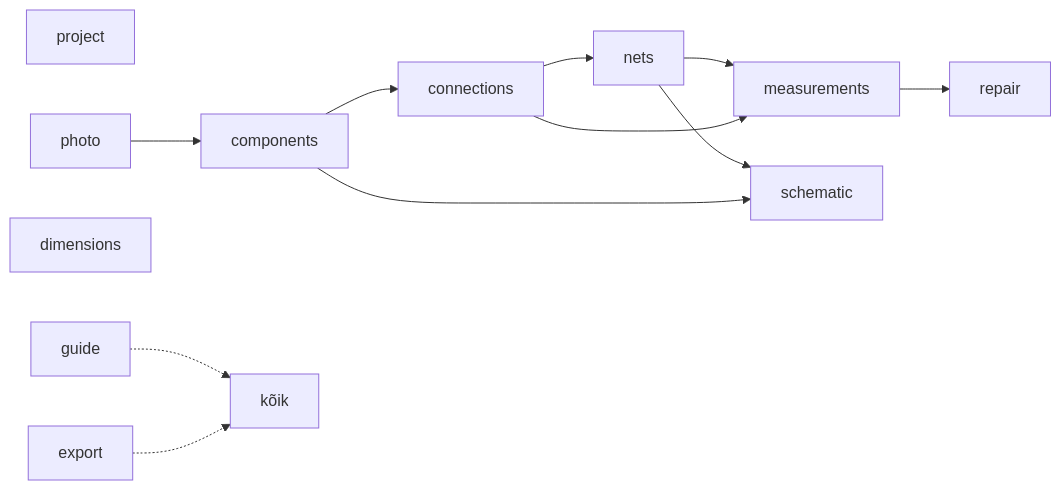
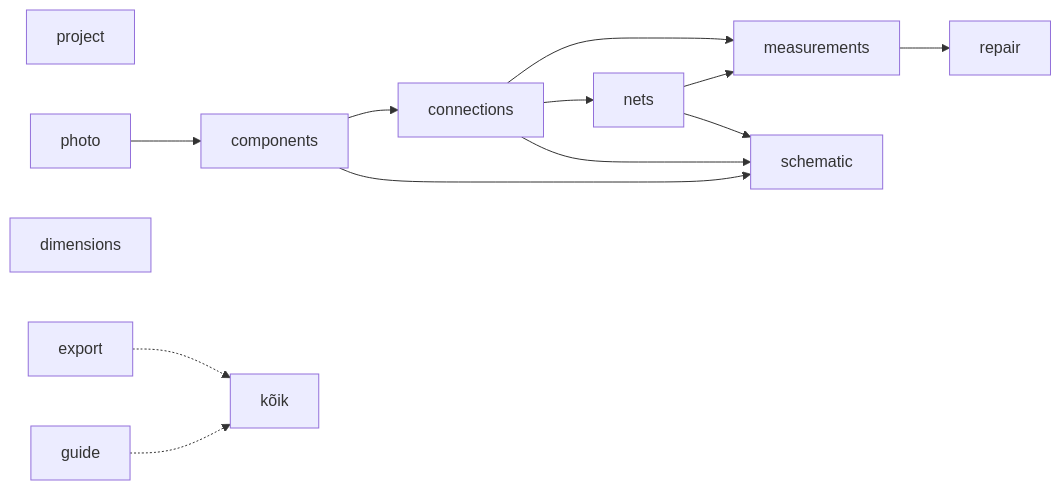
The diagram in docs/05-moodulid.md (Fuuduuu/BB), drawn with Mermaid before and after one commit. The commit also changed other lines of this file and 13 other files, not shown here.

````diff
--- a/docs/05-moodulid.md
+++ b/docs/05-moodulid.md
@@ -15,11 +15,12 @@
 ```mermaid
 flowchart LR
   project
   photo --> components --> connections --> nets --> measurements --> repair
   connections --> measurements
+  components --> schematic
+  connections --> schematic
   nets --> schematic
-  components --> schematic
   dimensions
   guide -.-> kõik
   export -.-> kõik
 ```
````
